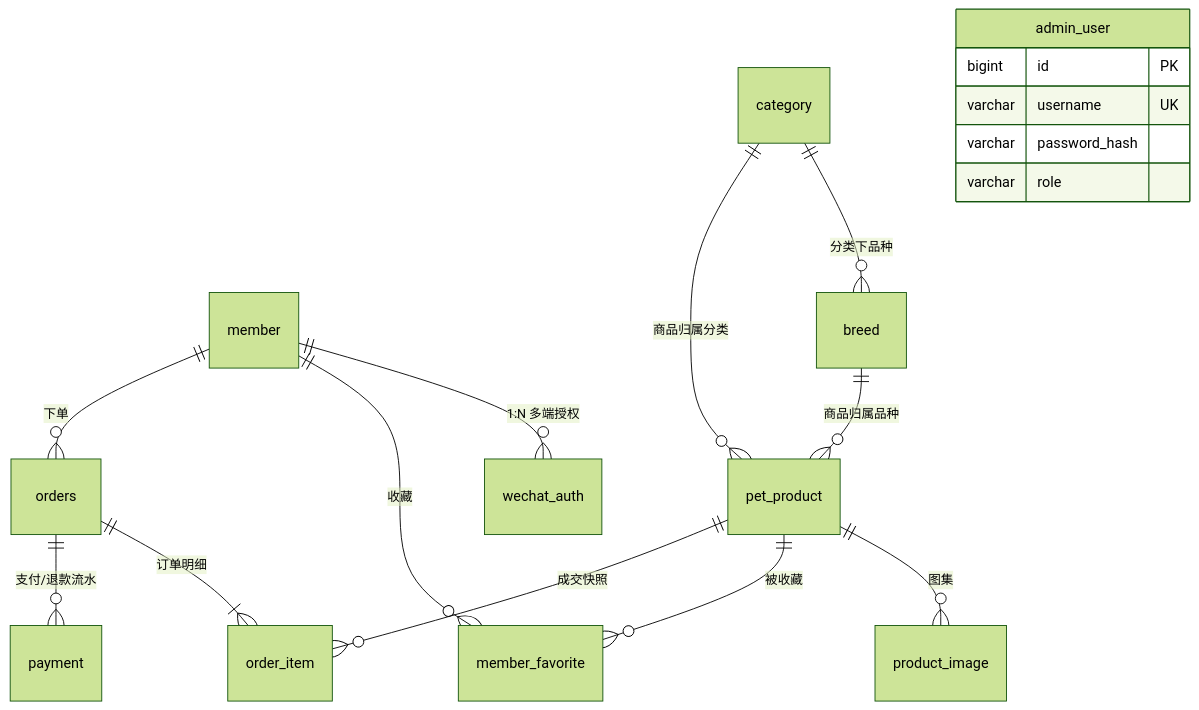
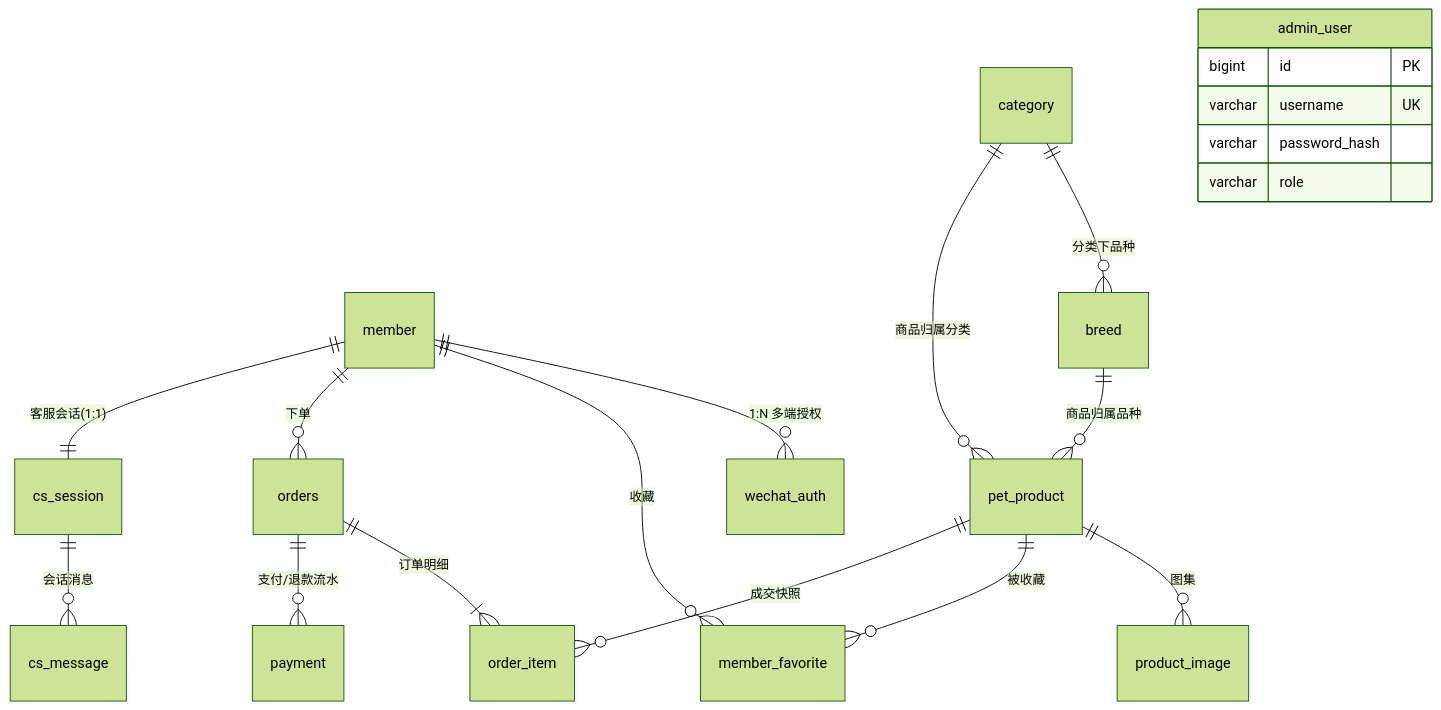
The diagram in docs/03-数据库设计.md (zhangtangzhao/pet-web), drawn with Mermaid (forest theme) before and after one commit. The commit also changed other lines of this file and 39 other files, not shown here.

First line of the commit message:
feat(chat): 人工客服实时聊天（WS 推送 + 公共会话池 + 文本/图片）

````diff
--- a/docs/03-数据库设计.md
+++ b/docs/03-数据库设计.md
@@ -19,23 +19,25 @@
 ```mermaid
 erDiagram
     member ||--o{ wechat_auth : "1:N 多端授权"
     member ||--o{ member_favorite : "收藏"
     member ||--o{ orders : "下单"
+    member ||--|| cs_session : "客服会话(1:1)"
 
     category ||--o{ breed : "分类下品种"
     category ||--o{ pet_product : "商品归属分类"
     breed ||--o{ pet_product : "商品归属品种"
     pet_product ||--o{ product_image : "图集"
     pet_product ||--o{ member_favorite : "被收藏"
     pet_product ||--o{ order_item : "成交快照"
 
     orders ||--|{ order_item : "订单明细"
     orders ||--o{ payment : "支付/退款流水"
+    cs_session ||--o{ cs_message : "会话消息"
 
     admin_user {
         bigint id PK
         varchar username UK
         varchar password_hash
         varchar role
     }
 ```
````
